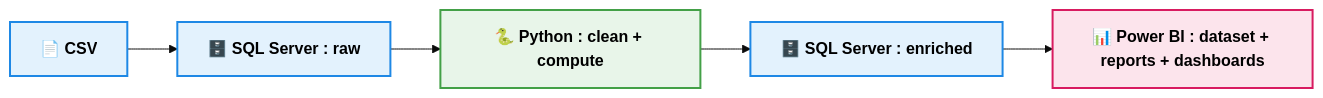
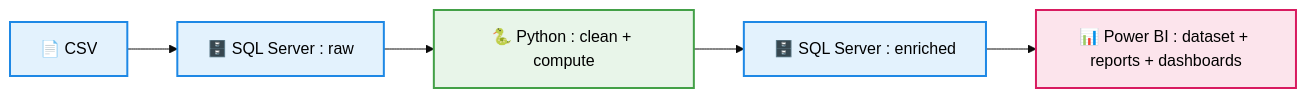
One commit to FatehChaabat/industrial-sensor-data-pipeline changed the diagram in README.md. Above: the diagram before and after it, drawn with Mermaid (base theme). The commit also changed other lines of this file, not shown here.

````diff
--- a/README.md
+++ b/README.md
@@ -21,18 +33,18 @@
 ```mermaid
 flowchart LR
 
-A[<b>📄 CSV</b>] --> B[<b>🗄️ SQL Server : raw</b>]
-B --> C[<b>🐍 Python : clean + compute</b>]
-C --> D[<b>🗄️ SQL Server : enriched</b>]
-D --> E[<b>📊 Power BI : dataset + reports + dashboards</b>]
+A[📄 CSV] --> B[🗄️ SQL Server : raw]
+B --> C[🐍 Python : clean + compute]
+C --> D[🗄️ SQL Server : enriched]
+D --> E[📊 Power BI : dataset + reports + dashboards]
 
 %% Styles
 classDef sql fill:#e3f2fd,stroke:#1e88e5,stroke-width:2px,color:#000;
 classDef python fill:#e8f5e9,stroke:#43a047,stroke-width:2px,color:#000;
 classDef power_bi fill:#fce4ec,stroke:#d81b60,stroke-width:2px,color:#000;
 
 %% Affectation
 class A,B,D sql;
 class C python;
 class E power_bi;
 ```
````
